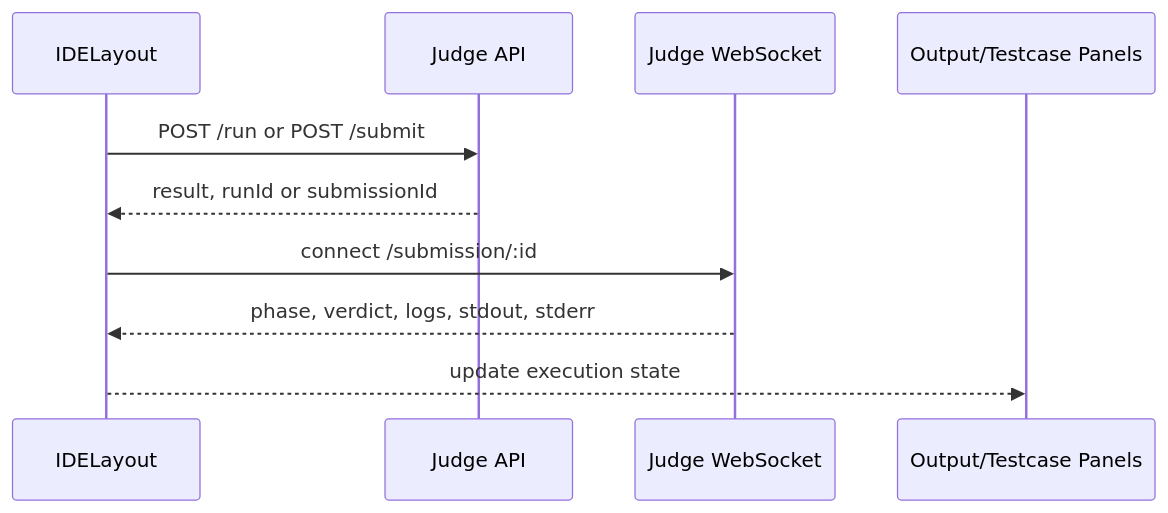
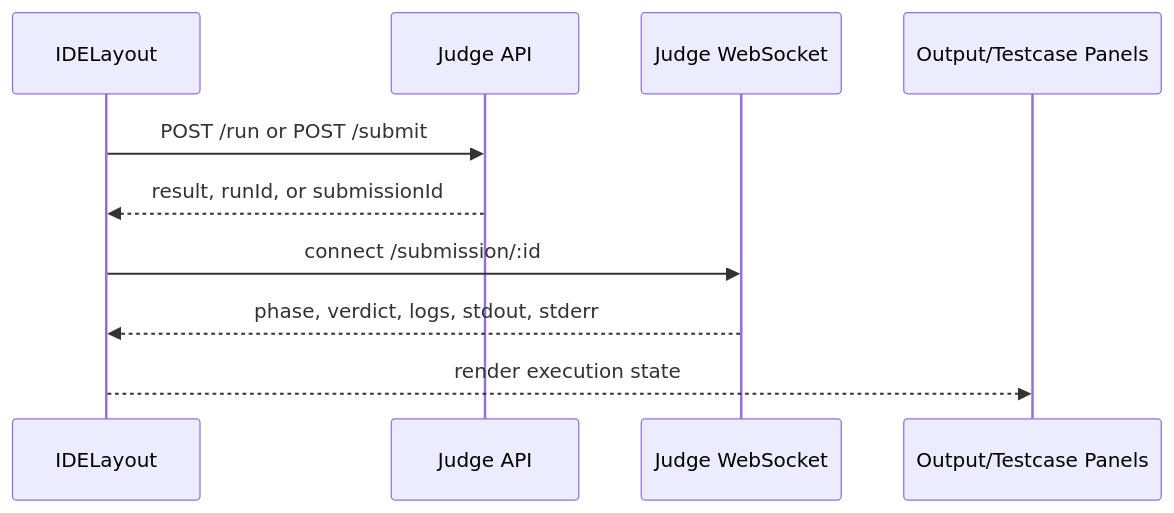
One commit to samuelloza/vibe-ide changed the third of 3 diagrams in README.md. Above: the diagram before and after it, drawn with Mermaid. The commit also changed other lines of this file and 1 other file, not shown here.

````diff
--- a/README.md
+++ b/README.md
@@ -86,13 +89,13 @@
 ```mermaid
 sequenceDiagram
   participant UI as IDELayout
   participant API as Judge API
   participant WS as Judge WebSocket
   participant Panels as Output/Testcase Panels
 
   UI->>API: POST /run or POST /submit
-  API-->>UI: result, runId or submissionId
+  API-->>UI: result, runId, or submissionId
   UI->>WS: connect /submission/:id
   WS-->>UI: phase, verdict, logs, stdout, stderr
-  UI-->>Panels: update execution state
+  UI-->>Panels: render execution state
 ```
````
